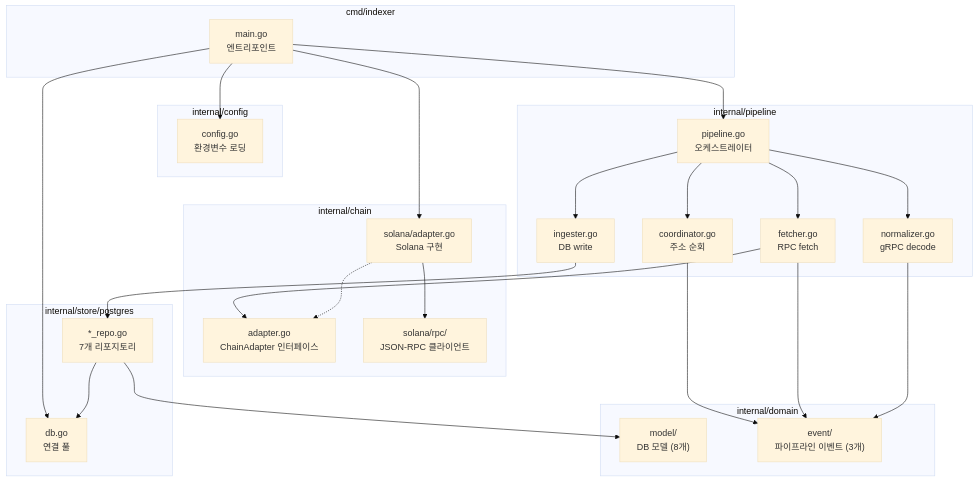
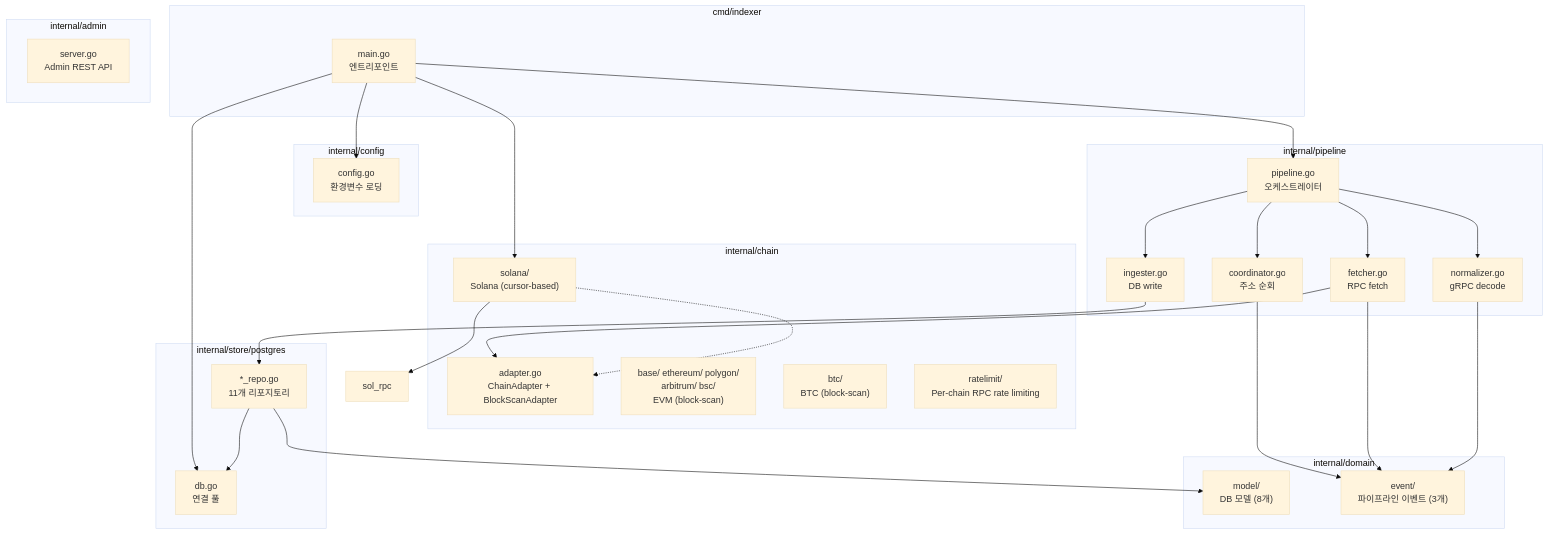
The third of 8 diagrams in docs/architecture.md (emperorhan/multichain-indexer), drawn with Mermaid (base theme) before and after one commit. The commit also changed other lines of this file and 5 other files, not shown here.

````diff
--- a/docs/architecture.md
+++ b/docs/architecture.md
@@ -119,52 +132,58 @@
 ```mermaid
 graph TB
     subgraph "cmd/indexer"
         main["main.go<br/>엔트리포인트"]
     end
 
     subgraph "internal/config"
         config["config.go<br/>환경변수 로딩"]
     end
 
     subgraph "internal/pipeline"
         pipeline["pipeline.go<br/>오케스트레이터"]
         coord["coordinator.go<br/>주소 순회"]
         fetch["fetcher.go<br/>RPC fetch"]
         norm["normalizer.go<br/>gRPC decode"]
         ingest["ingester.go<br/>DB write"]
     end
 
     subgraph "internal/chain"
-        adapter_if["adapter.go<br/>ChainAdapter 인터페이스"]
-        sol_adapter["solana/adapter.go<br/>Solana 구현"]
-        sol_rpc["solana/rpc/<br/>JSON-RPC 클라이언트"]
+        adapter_if["adapter.go<br/>ChainAdapter + BlockScanAdapter"]
+        sol_adapter["solana/<br/>Solana (cursor-based)"]
+        evm_adapters["base/ ethereum/ polygon/<br/>arbitrum/ bsc/<br/>EVM (block-scan)"]
+        btc_adapter["btc/<br/>BTC (block-scan)"]
+        ratelimit["ratelimit/<br/>Per-chain RPC rate limiting"]
+    end
+
+    subgraph "internal/admin"
+        admin_api["server.go<br/>Admin REST API"]
     end
 
     subgraph "internal/store/postgres"
         db["db.go<br/>연결 풀"]
-        repos["*_repo.go<br/>7개 리포지토리"]
+        repos["*_repo.go<br/>11개 리포지토리"]
     end
 
     subgraph "internal/domain"
         models["model/<br/>DB 모델 (8개)"]
         events["event/<br/>파이프라인 이벤트 (3개)"]
     end
 
     main --> config
     main --> pipeline
     main --> sol_adapter
     main --> db
     pipeline --> coord
     pipeline --> fetch
     pipeline --> norm
     pipeline --> ingest
     fetch --> adapter_if
     sol_adapter --> sol_rpc
     sol_adapter -.-> adapter_if
     ingest --> repos
     repos --> db
     repos --> models
     coord --> events
     fetch --> events
     norm --> events
 ```
````
